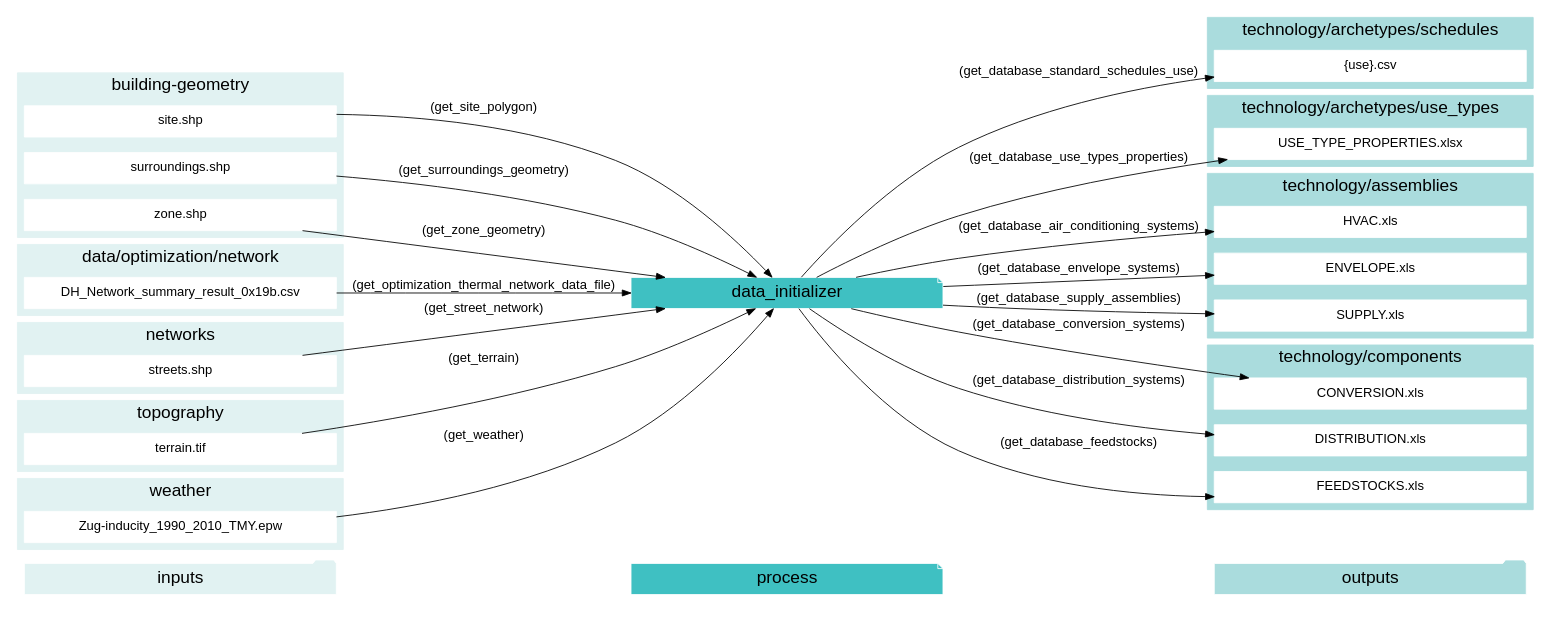
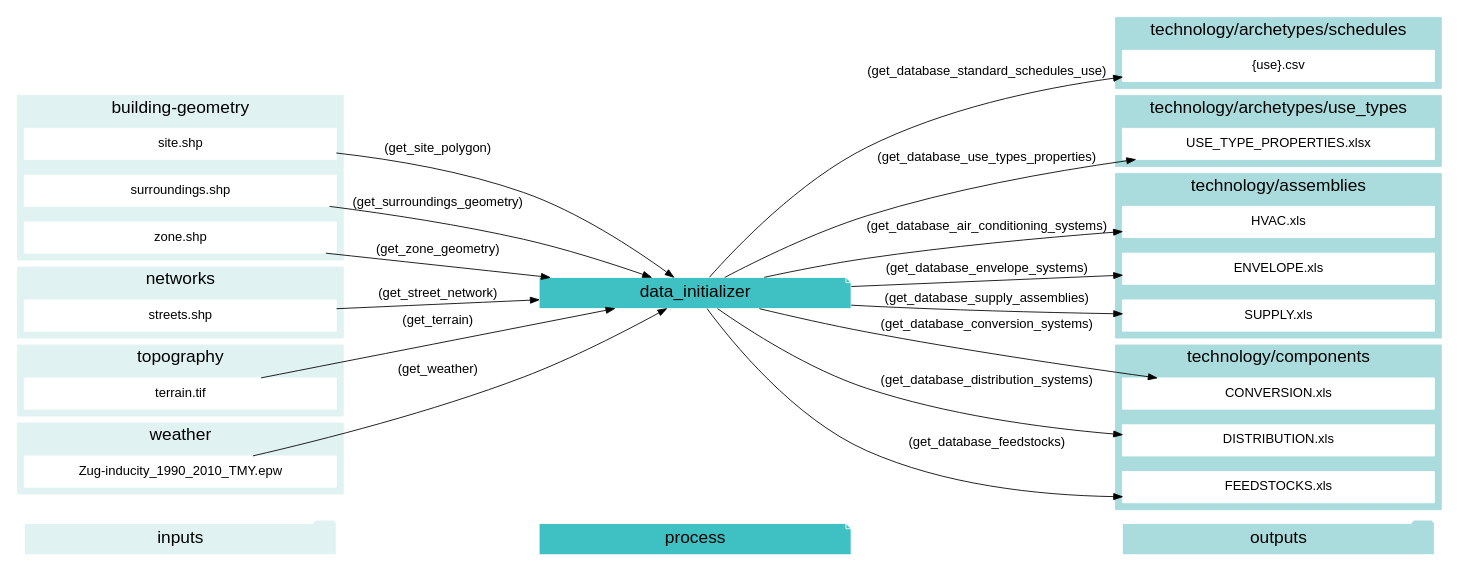
Before and after one commit to architecture-building-systems/CityEnergyAnalyst: the diagram in docs/graphviz/data_initializer.gv, drawn with Graphviz. The commit also changed 25 other files, not shown here.

Commit message:
working on the graphviz output

```diff
--- a/docs/graphviz/data_initializer.gv
+++ b/docs/graphviz/data_initializer.gv
@@ -1,110 +1,101 @@
 digraph trace_inputlocator {
     rankdir="LR";
     graph [overlap=false, fontname=arial];
     node [shape=box, style=filled, color=white, fontsize=15, fontname=arial, fixedsize=true, width=5];
     edge [fontname=arial, fontsize = 15]
     newrank=true
     subgraph cluster_legend {
     fontsize=25
     style=invis
     "process"[style=filled, fillcolor="#3FC0C2", shape=note, fontsize=20, fontname="arial"]
     "inputs" [style=filled, shape=folder, color=white, fillcolor="#E1F2F2", fontsize=20]
     "outputs"[style=filled, shape=folder, color=white, fillcolor="#aadcdd", fontsize=20]
     "inputs"->"process"[style=invis]
     "process"->"outputs"[style=invis]
     }
     "data_initializer"[style=filled, color=white, fillcolor="#3FC0C2", shape=note, fontsize=20, fontname=arial];
     subgraph cluster_0_in {
         style = filled;
         color = "#E1F2F2";
         fontsize = 20;
         rank=same;
         label="building-geometry";
         "site.shp"
         "surroundings.shp"
         "zone.shp"
     }
     subgraph cluster_1_in {
         style = filled;
         color = "#E1F2F2";
         fontsize = 20;
         rank=same;
-        label="data/optimization/network";
-        "DH_Network_summary_result_0x19b.csv"
-    }
-    subgraph cluster_2_in {
-        style = filled;
-        color = "#E1F2F2";
-        fontsize = 20;
-        rank=same;
         label="networks";
         "streets.shp"
     }
-    subgraph cluster_3_out {
+    subgraph cluster_2_out {
         style = filled;
         color = "#aadcdd";
         fontsize = 20;
         rank=same;
         label="technology/archetypes/schedules";
         "{use}.csv"
     }
-    subgraph cluster_4_out {
+    subgraph cluster_3_out {
         style = filled;
         color = "#aadcdd";
         fontsize = 20;
         rank=same;
         label="technology/archetypes/use_types";
         "USE_TYPE_PROPERTIES.xlsx"
     }
-    subgraph cluster_5_out {
+    subgraph cluster_4_out {
         style = filled;
         color = "#aadcdd";
         fontsize = 20;
         rank=same;
         label="technology/assemblies";
         "HVAC.xls"
         "ENVELOPE.xls"
         "SUPPLY.xls"
     }
-    subgraph cluster_6_out {
+    subgraph cluster_5_out {
         style = filled;
         color = "#aadcdd";
         fontsize = 20;
         rank=same;
         label="technology/components";
         "CONVERSION.xls"
         "DISTRIBUTION.xls"
         "FEEDSTOCKS.xls"
     }
-    subgraph cluster_7_in {
+    subgraph cluster_6_in {
         style = filled;
         color = "#E1F2F2";
         fontsize = 20;
         rank=same;
         label="topography";
         "terrain.tif"
     }
-    subgraph cluster_8_in {
+    subgraph cluster_7_in {
         style = filled;
         color = "#E1F2F2";
         fontsize = 20;
         rank=same;
         label="weather";
         "Zug-inducity_1990_2010_TMY.epw"
     }
-    "DH_Network_summary_result_0x19b.csv" -> "data_initializer"[label="(get_optimization_thermal_network_data_file)"]
     "site.shp" -> "data_initializer"[label="(get_site_polygon)"]
     "streets.shp" -> "data_initializer"[label="(get_street_network)"]
     "surroundings.shp" -> "data_initializer"[label="(get_surroundings_geometry)"]
     "terrain.tif" -> "data_initializer"[label="(get_terrain)"]
     "Zug-inducity_1990_2010_TMY.epw" -> "data_initializer"[label="(get_weather)"]
     "zone.shp" -> "data_initializer"[label="(get_zone_geometry)"]
     "data_initializer" -> "HVAC.xls"[label="(get_database_air_conditioning_systems)"]
     "data_initializer" -> "CONVERSION.xls"[label="(get_database_conversion_systems)"]
     "data_initializer" -> "DISTRIBUTION.xls"[label="(get_database_distribution_systems)"]
     "data_initializer" -> "ENVELOPE.xls"[label="(get_database_envelope_systems)"]
     "data_initializer" -> "FEEDSTOCKS.xls"[label="(get_database_feedstocks)"]
     "data_initializer" -> "{use}.csv"[label="(get_database_standard_schedules_use)"]
     "data_initializer" -> "SUPPLY.xls"[label="(get_database_supply_assemblies)"]
     "data_initializer" -> "USE_TYPE_PROPERTIES.xlsx"[label="(get_database_use_types_properties)"]
     }
```
